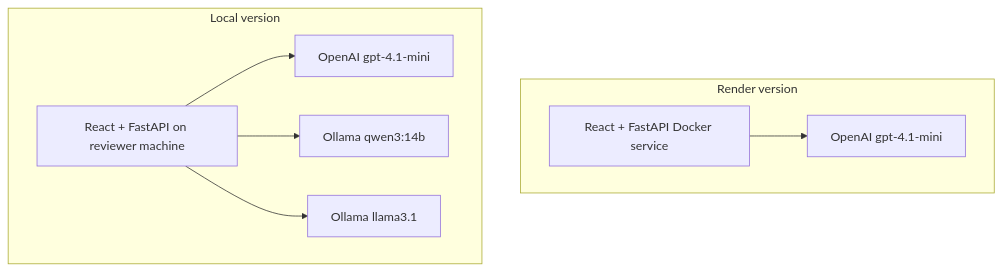
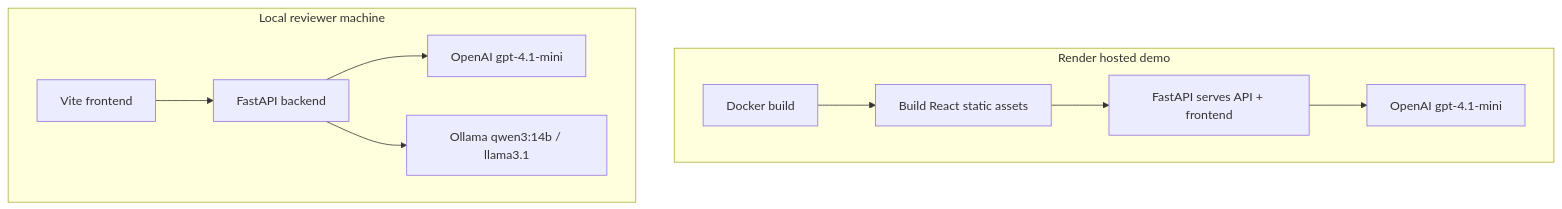
One commit to vrize-poc-demo/evidence-alpha changed the sixth of 6 diagrams in docs/ARCHITECTURE.md. Above: the diagram before and after it, drawn with Mermaid. The commit also changed other lines of this file and 9 other files, not shown here.

````diff
--- a/docs/ARCHITECTURE.md
+++ b/docs/ARCHITECTURE.md
@@ -65,12 +139,14 @@
 ```mermaid
 flowchart TB
-    subgraph Render["Render version"]
-      RUI["React + FastAPI Docker service"] --> OAI["OpenAI gpt-4.1-mini"]
+    subgraph Render["Render hosted demo"]
+        Docker["Docker build"] --> ReactBuild["Build React static assets"]
+        ReactBuild --> FastAPI["FastAPI serves API + frontend"]
+        FastAPI --> OpenAI["OpenAI gpt-4.1-mini"]
     end
 
-    subgraph Local["Local version"]
-      LUI["React + FastAPI on reviewer machine"] --> OAI2["OpenAI gpt-4.1-mini"]
-      LUI --> QWEN["Ollama qwen3:14b"]
-      LUI --> LLAMA["Ollama llama3.1"]
+    subgraph Local["Local reviewer machine"]
+        LocalReact["Vite frontend"] --> LocalAPI["FastAPI backend"]
+        LocalAPI --> LocalOpenAI["OpenAI gpt-4.1-mini"]
+        LocalAPI --> LocalOllama["Ollama qwen3:14b / llama3.1"]
     end
 ```
````
